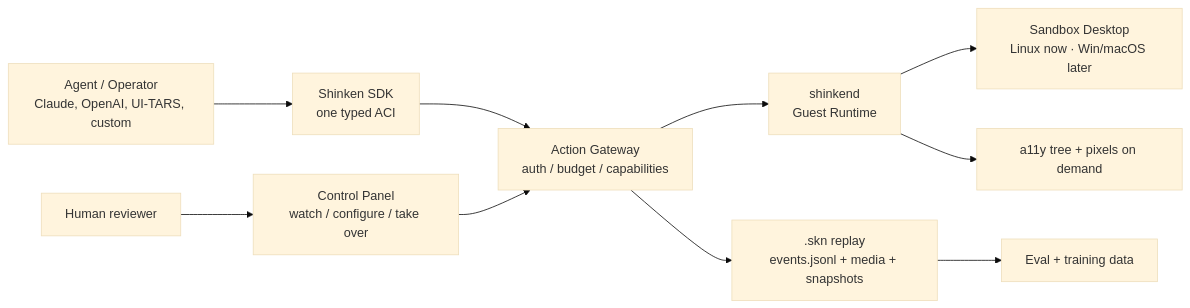
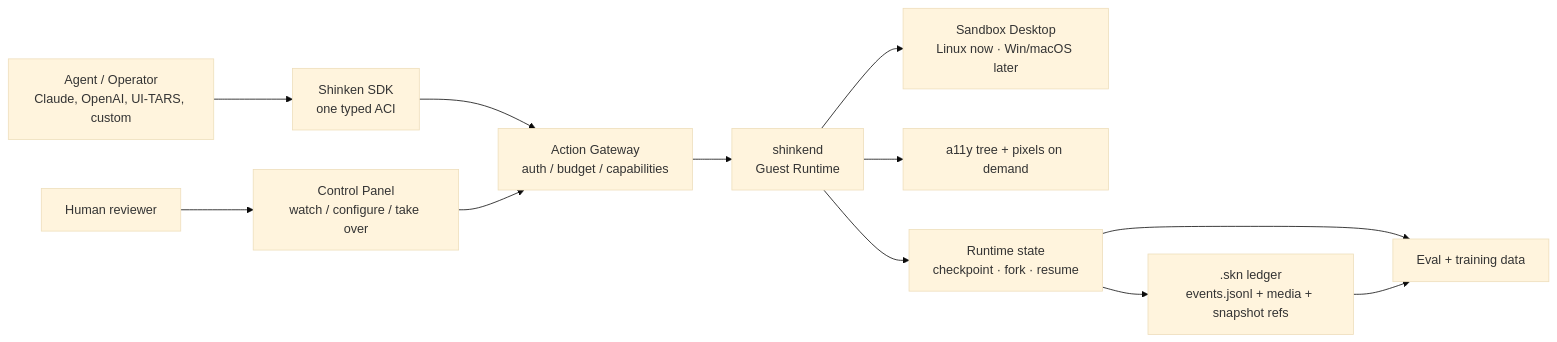
Before and after one commit to Meirtz/Shinken: the first of 3 diagrams in README.md, drawn with Mermaid (base theme). The commit also changed other lines of this file and 9 other files, not shown here.

````diff
--- a/README.md
+++ b/README.md
@@ -65,12 +67,14 @@
 ```mermaid
 flowchart LR
   Agent["Agent / Operator<br/>Claude, OpenAI, UI-TARS, custom"] --> SDK["Shinken SDK<br/>one typed ACI"]
   SDK --> GW["Action Gateway<br/>auth / budget / capabilities"]
   GW --> SK["shinkend<br/>Guest Runtime"]
   SK --> Desktop["Sandbox Desktop<br/>Linux now · Win/macOS later"]
   SK --> Obs["a11y tree + pixels on demand"]
-  GW --> Replay[".skn replay<br/>events.jsonl + media + snapshots"]
+  SK --> State["Runtime state<br/>checkpoint · fork · resume"]
+  State --> Replay[".skn ledger<br/>events.jsonl + media + snapshot refs"]
   Human["Human reviewer"] --> Panel["Control Panel<br/>watch / configure / take over"]
   Panel --> GW
-  Replay --> Eval["Eval + training data"]
+  State --> Eval["Eval + training data"]
+  Replay --> Eval
 ```
````
